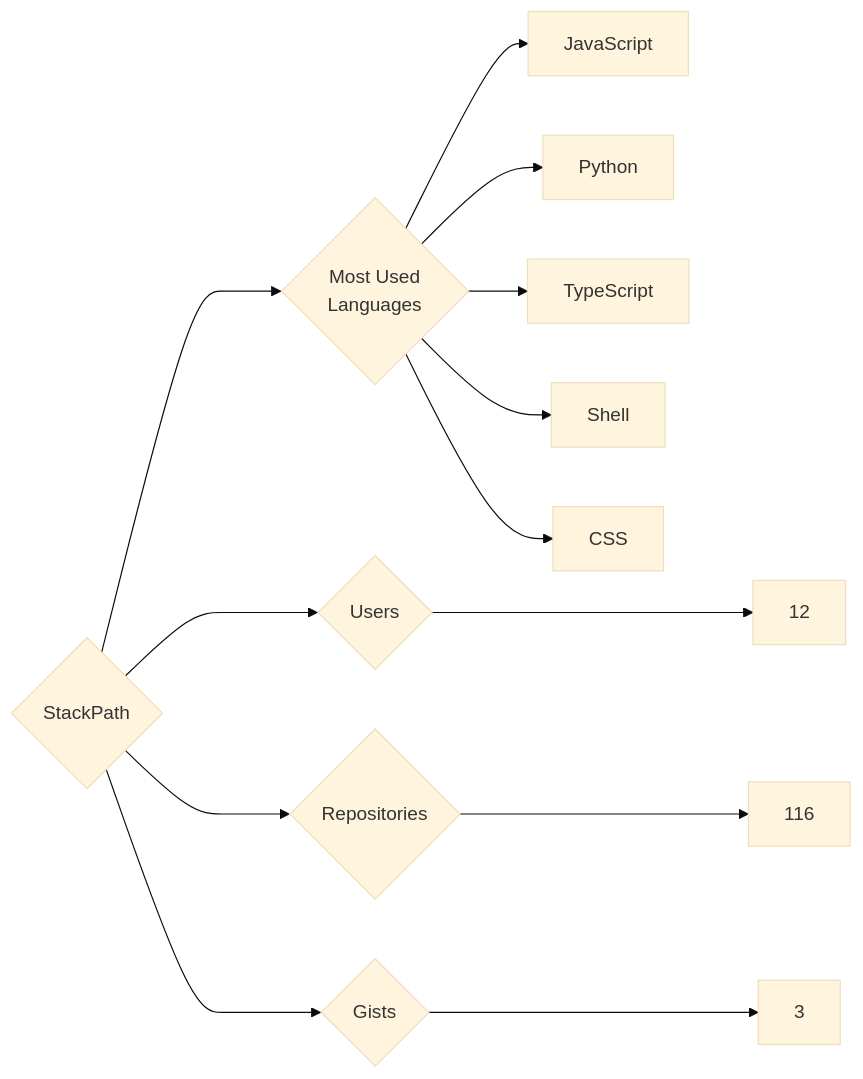
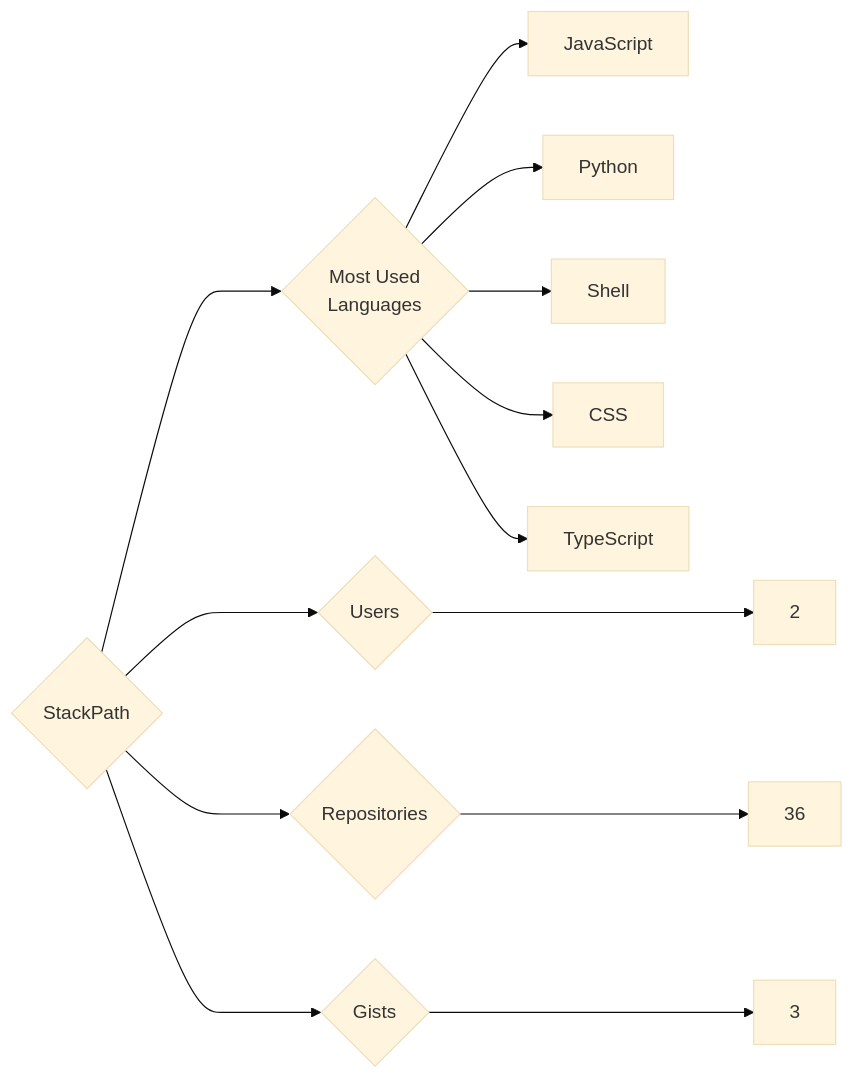
The diagram in targets/StackPath/README.md (trickest/insiders), drawn with Mermaid (base theme) before and after one commit. The commit also changed 870 other files, not shown here.

````diff
--- a/targets/StackPath/README.md
+++ b/targets/StackPath/README.md
@@ -3,13 +3,13 @@
 ```mermaid
 graph LR
 COMPANY_NAME{StackPath}
-COMPANY_NAME ---> U{Users} ---> UN[12]
-COMPANY_NAME ---> R{Repositories} ---> RN[116]
+COMPANY_NAME ---> U{Users} ---> UN[2]
+COMPANY_NAME ---> R{Repositories} ---> RN[36]
 COMPANY_NAME ---> G{Gists} ---> GN[3]
 COMPANY_NAME ---> ML{Most Used<br>Languages}
 ML --> JavaScript[JavaScript]
 ML --> Python[Python]
-ML --> TypeScript[TypeScript]
 ML --> Shell[Shell]
 ML --> CSS[CSS]
+ML --> TypeScript[TypeScript]
 ```
````
